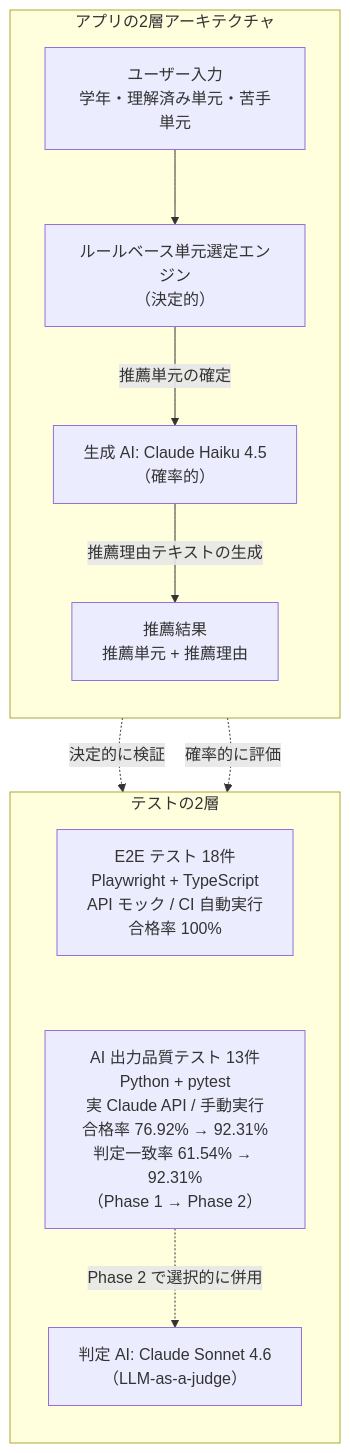
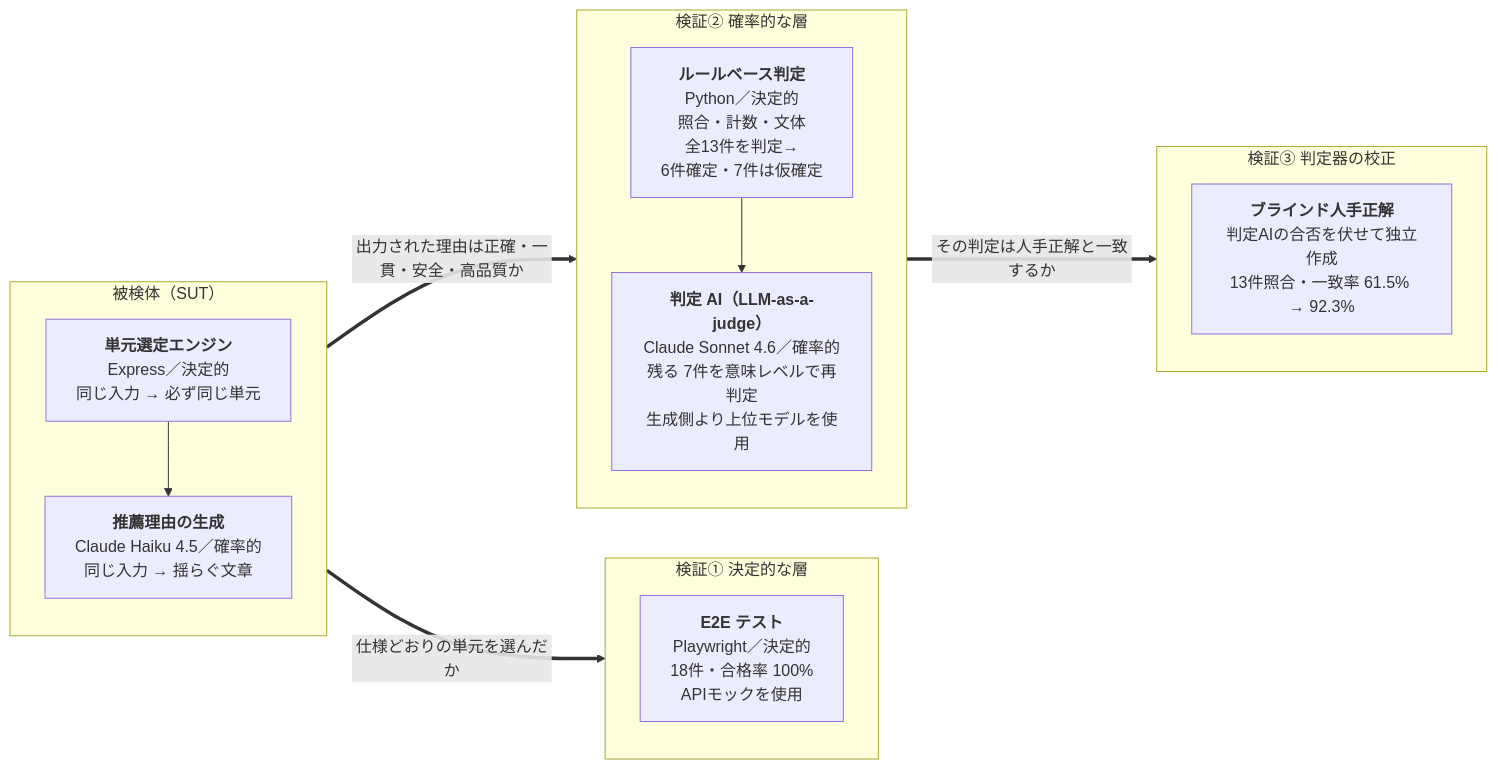
One commit to nani9ashi/qa-portfolio-ai-recommender changed the diagram in README.md. Above: the diagram before and after it, drawn with Mermaid. The commit also changed other lines of this file and 2 other files, not shown here.

````diff
--- a/README.md
+++ b/README.md
@@ -51,26 +56,24 @@
 ```mermaid
-flowchart TD
-    subgraph App["アプリの2層アーキテクチャ"]
+flowchart LR
+    subgraph P0["被検体（SUT）"]
         direction TB
-        Input["ユーザー入力<br/>学年・理解済み単元・苦手単元"]
-        Rule["ルールベース単元選定エンジン<br/>（決定的）"]
-        AI["生成 AI: Claude Haiku 4.5<br/>（確率的）"]
-        Output["推薦結果<br/>推薦単元 + 推薦理由"]
-
-        Input --> Rule
-        Rule -->|推薦単元の確定| AI
-        AI -->|推薦理由テキストの生成| Output
+        Rule["<b>単元選定エンジン</b><br/>Express／決定的<br/>同じ入力 → 必ず同じ単元"]
+        Gen["<b>推薦理由の生成</b><br/>Claude Haiku 4.5／確率的<br/>同じ入力 → 揺らぐ文章"]
+        Rule --> Gen
     end
-
-    subgraph Tests["テストの2層"]
+    subgraph P1["検証① 決定的な層"]
+        E2E["<b>E2E テスト</b><br/>Playwright／決定的<br/>18件・合格率 100%<br/>APIモックを使用"]
+    end
+    subgraph P2["検証② 確率的な層"]
         direction TB
-        E2E["E2E テスト 18件<br/>Playwright + TypeScript<br/>API モック / CI 自動実行<br/>合格率 100%"]
-        AIQuality["AI 出力品質テスト 13件<br/>Python + pytest<br/>実 Claude API / 手動実行<br/>合格率 76.92% → 92.31%<br/>判定一致率 61.54% → 92.31%<br/>（Phase 1 → Phase 2）"]
-        Judge["判定 AI: Claude Sonnet 4.6<br/>（LLM-as-a-judge）"]
-        E2E ~~~ AIQuality
-        AIQuality -.Phase 2 で選択的に併用.-> Judge
+        RB["<b>ルールベース判定</b><br/>Python／決定的<br/>照合・計数・文体<br/>全13件を判定→<br/>6件確定・7件は仮確定"]
+        LJ["<b>判定 AI（LLM-as-a-judge）</b><br/>Claude Sonnet 4.6／確率的<br/>残る 7件を意味レベルで再判定<br/>生成側より上位モデルを使用"]
+        RB --> LJ
     end
-
-    Rule -.決定的に検証.-> E2E
-    AI -.確率的に評価.-> AIQuality
+    subgraph P3["検証③ 判定器の校正"]
+        GT["<b>ブラインド人手正解</b><br/>判定AIの合否を伏せて独立作成<br/>13件照合・一致率 61.5% → 92.3%"]
+    end
+    P0 ==>|"仕様どおりの単元を選んだか"| P1
+    P0 ==>|"出力された理由は正確・一貫・安全・高品質か"| P2
+    P2 ==>|"その判定は人手正解と一致するか"| P3
 ```
````
